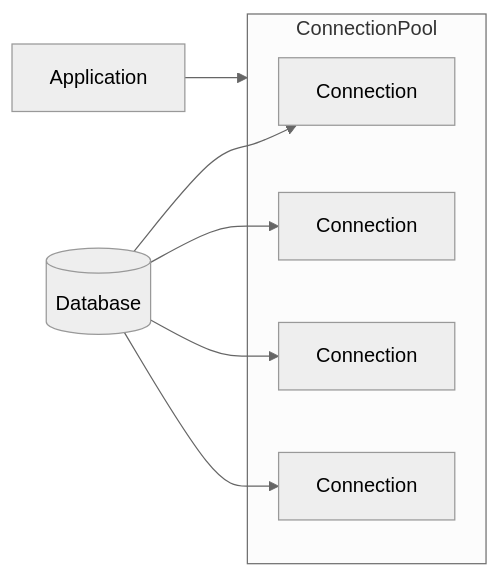
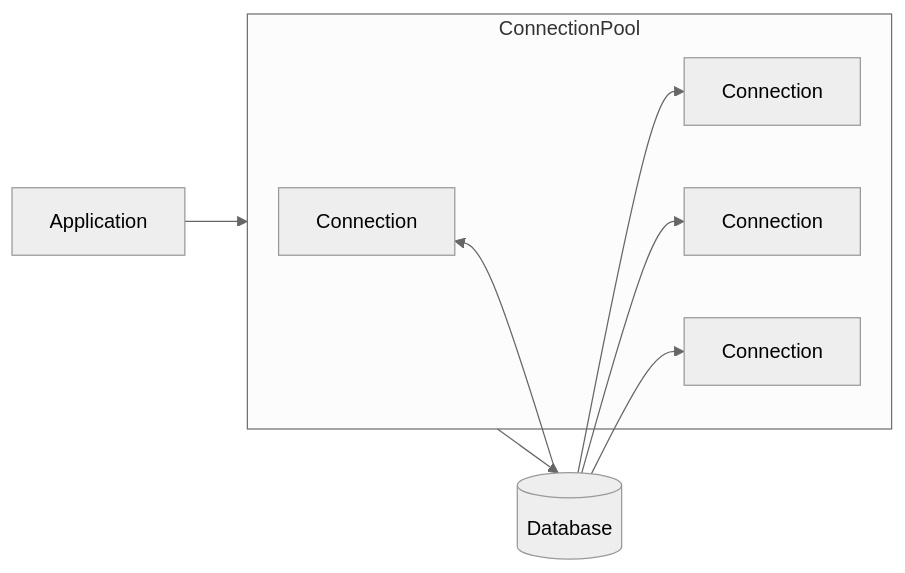
Before and after one commit to benggri/study: the diagram in application/db/connection_pool.md, drawn with Mermaid (neutral theme).

````diff
--- a/application/db/connection_pool.md
+++ b/application/db/connection_pool.md
@@ -3,16 +3,17 @@
 ```mermaid
 flowchart LR
   APP[Application]
   subgraph ConnectionPool
     C1[Connection]
     C2[Connection]
     C3[Connection]
     C4[Connection]
   end
   DB[(Database)]
   APP --> ConnectionPool
+  ConnectionPool --> DB
   DB --> C1
   DB --> C2
   DB --> C3
   DB --> C4
 ```
````
